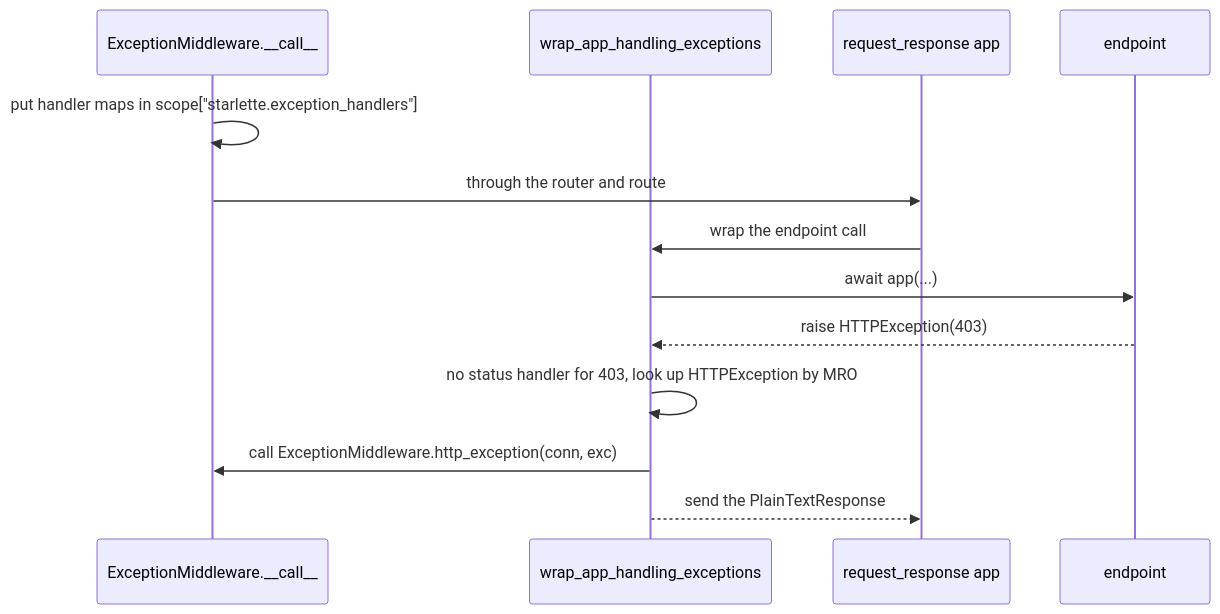
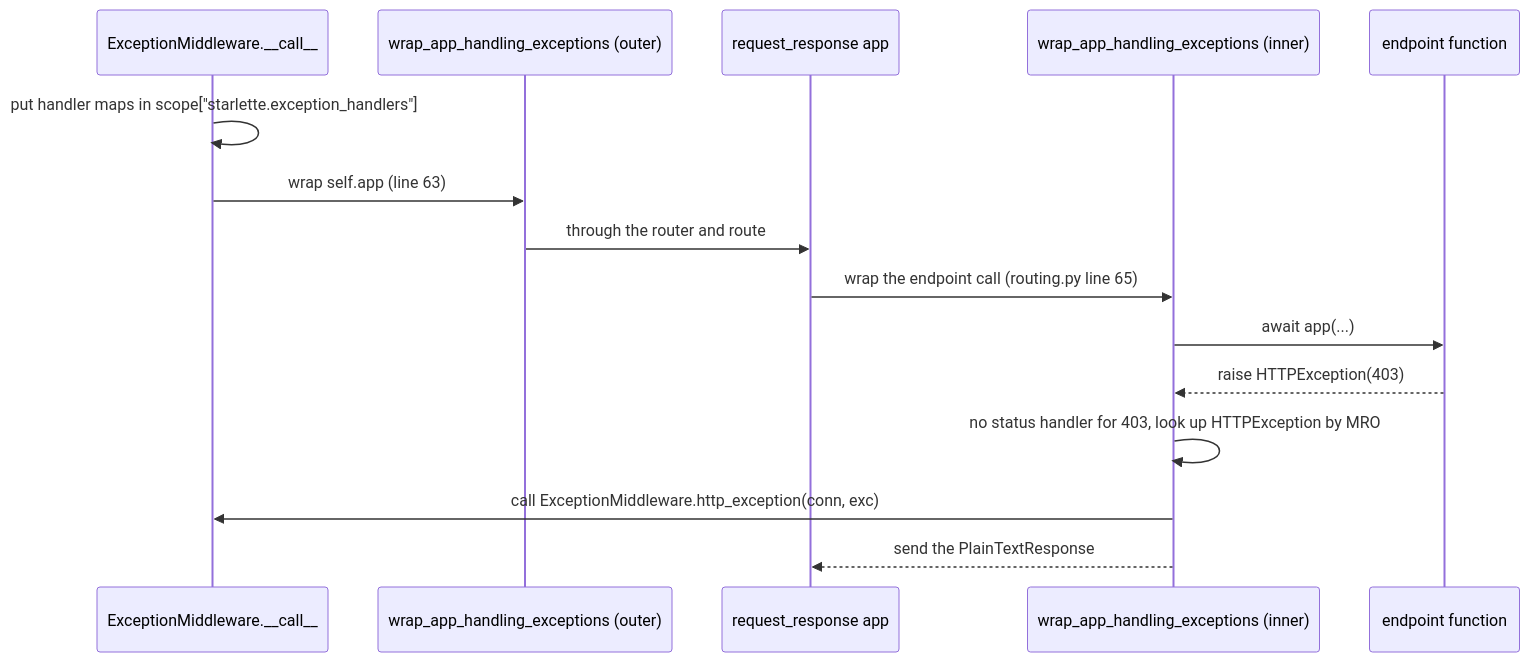
The diagram in content/solutions/starlette-find-003.md (anshiwang8/codespaceleetcode), drawn with Mermaid before and after one commit. The commit also changed other lines of this file and 26 other files, not shown here.

````diff
--- a/content/solutions/starlette-find-003.md
+++ b/content/solutions/starlette-find-003.md
@@ -34,15 +34,17 @@
 ```mermaid
 sequenceDiagram
   participant EM as ExceptionMiddleware.__call__
-  participant W as wrap_app_handling_exceptions
+  participant WO as wrap_app_handling_exceptions (outer)
   participant RR as request_response app
-  participant EP as endpoint
+  participant W as wrap_app_handling_exceptions (inner)
+  participant EP as endpoint function
   EM->>EM: put handler maps in scope["starlette.exception_handlers"]
-  EM->>RR: through the router and route
-  RR->>W: wrap the endpoint call
+  EM->>WO: wrap self.app (line 63)
+  WO->>RR: through the router and route
+  RR->>W: wrap the endpoint call (routing.py line 65)
   W->>EP: await app(...)
   EP-->>W: raise HTTPException(403)
   W->>W: no status handler for 403, look up HTTPException by MRO
   W->>EM: call ExceptionMiddleware.http_exception(conn, exc)
   W-->>RR: send the PlainTextResponse
 ```
````
